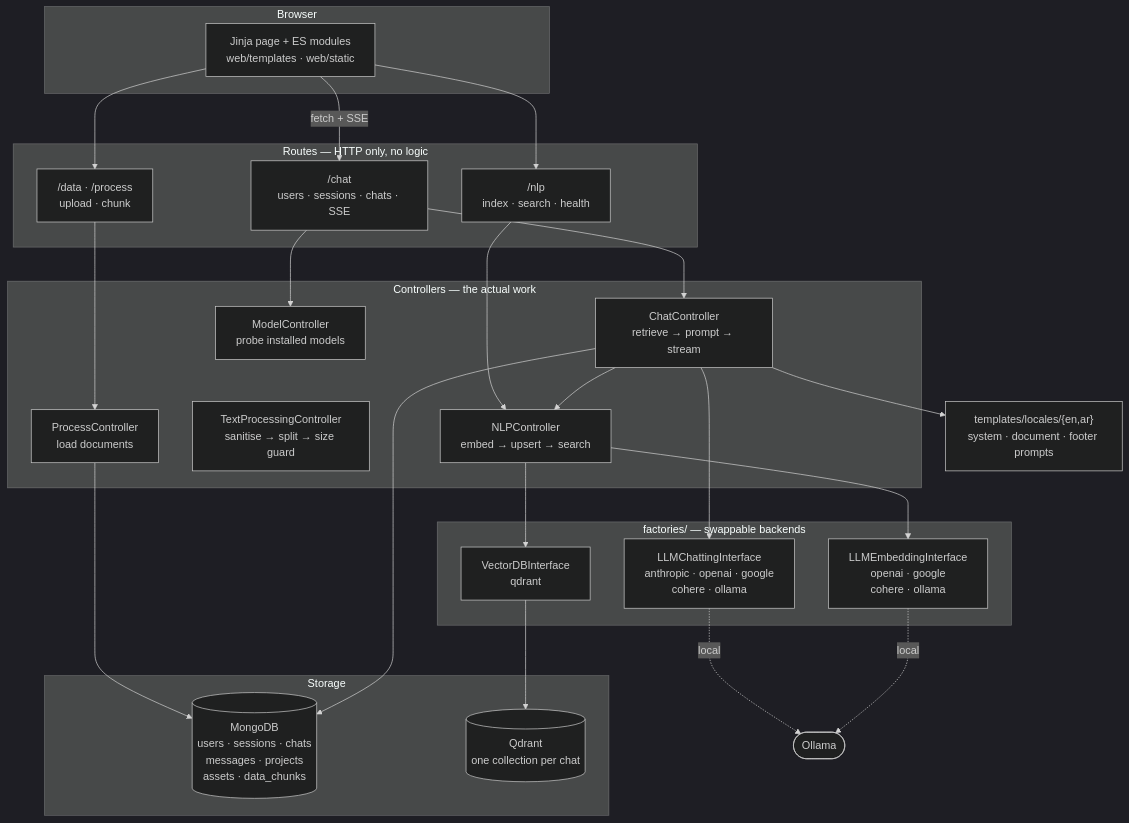
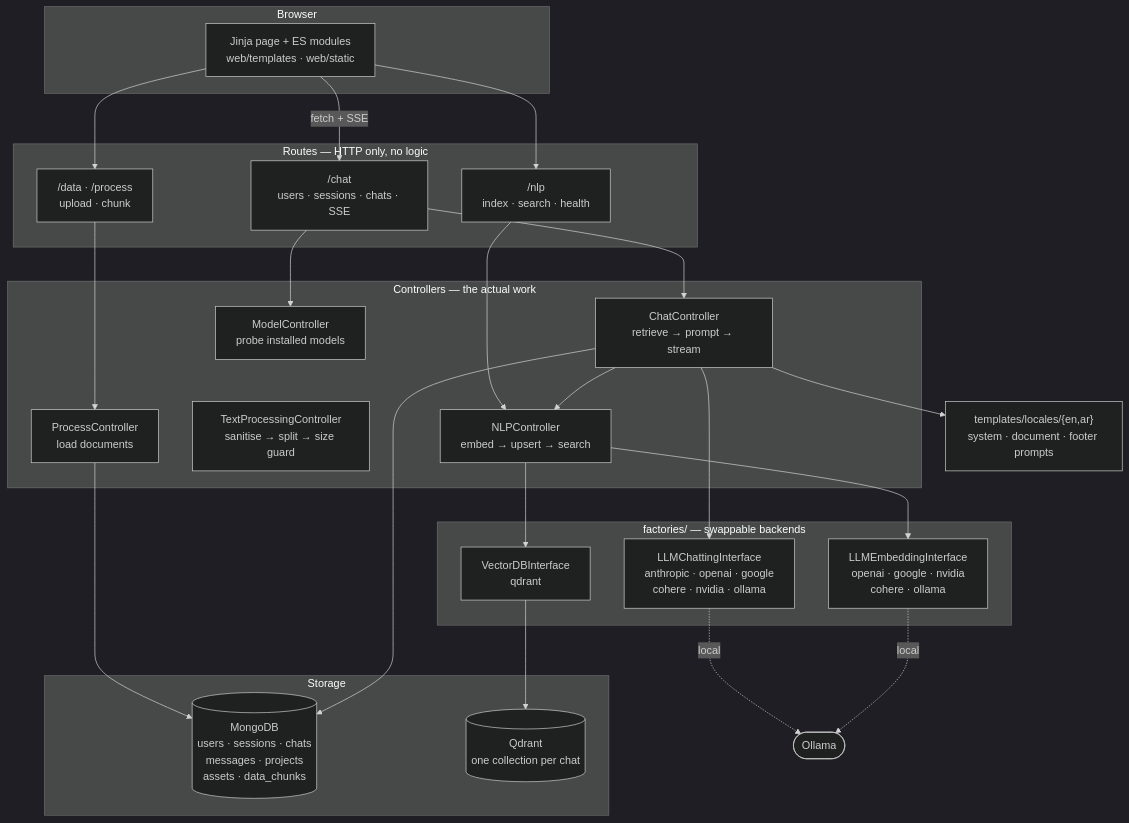
The first of 4 diagrams in README.md (omarTBakr/notebookllm-minus), drawn with Mermaid (dark theme) before and after one commit. The commit also changed other lines of this file and 19 other files, not shown here.

````diff
--- a/README.md
+++ b/README.md
@@ -170,51 +170,51 @@
 ```mermaid
 flowchart TB
     subgraph browser["Browser"]
         UI["Jinja page + ES modules<br/>web/templates · web/static"]
     end
 
     subgraph routes["Routes — HTTP only, no logic"]
         R1["/chat<br/>users · sessions · chats · SSE"]
         R2["/data · /process<br/>upload · chunk"]
         R3["/nlp<br/>index · search · health"]
     end
 
     subgraph controllers["Controllers — the actual work"]
         C1["ChatController<br/>retrieve → prompt → stream"]
         C2["ProcessController<br/>load documents"]
         C5["TextProcessingController<br/>sanitise → split → size guard"]
         C3["NLPController<br/>embed → upsert → search"]
         C4["ModelController<br/>probe installed models"]
     end
 
     subgraph providers["factories/ — swappable backends"]
-        P1["LLMChattingInterface<br/>anthropic · openai · google<br/>cohere · ollama"]
-        P2["LLMEmbeddingInterface<br/>openai · google<br/>cohere · ollama"]
+        P1["LLMChattingInterface<br/>anthropic · openai · google<br/>cohere · nvidia · ollama"]
+        P2["LLMEmbeddingInterface<br/>openai · google · nvidia<br/>cohere · ollama"]
         P3["VectorDBInterface<br/>qdrant"]
     end
 
     subgraph stores["Storage"]
         M[("MongoDB<br/>users · sessions · chats<br/>messages · projects<br/>assets · data_chunks")]
         Q[("Qdrant<br/>one collection per chat")]
     end
 
     T["templates/locales/{en,ar}<br/>system · document · footer prompts"]
 
     UI -->|"fetch + SSE"| R1
     UI --> R2
     UI --> R3
     R1 --> C1
     R1 --> C4
     R2 --> C2
     R3 --> C3
     C1 --> T
     C1 --> C3
     C1 --> P1
     C3 --> P2
     C3 --> P3
     C2 --> M
     C1 --> M
     P3 --> Q
     P1 -.->|"local"| O(["Ollama"])
     P2 -.->|"local"| O
 ```
````
